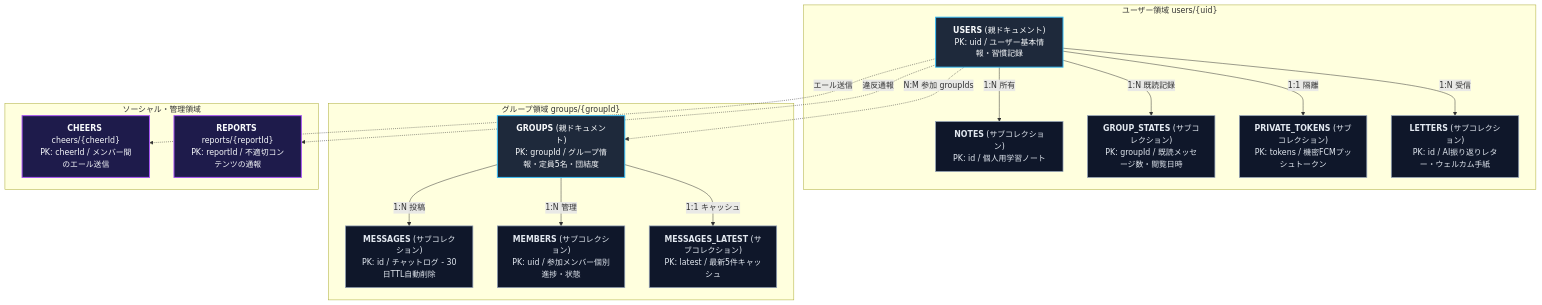
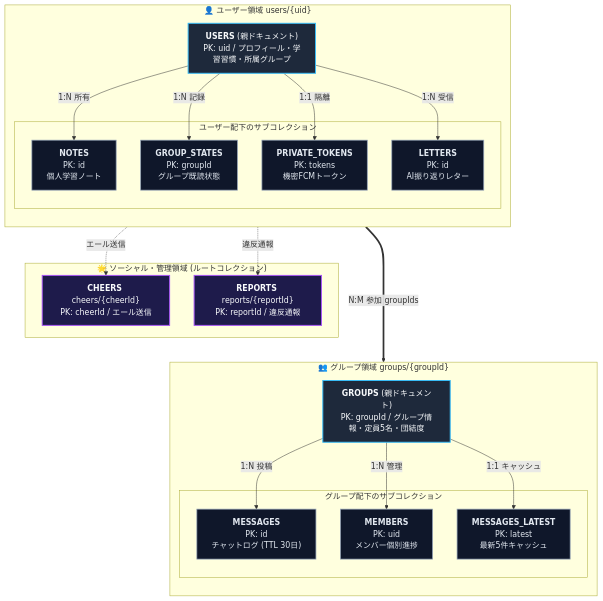
The first of 2 diagrams in docs/ja/database-security.md (ScriptureHabit/scripture-habit), drawn with Mermaid before and after one commit. The commit also changed 1 other file, not shown here.

Commit message:
docs: restructure ER diagram into vertical stacked layout for high readability

````diff
--- a/docs/ja/database-security.md
+++ b/docs/ja/database-security.md
@@ -11,39 +11,47 @@
 ```mermaid
 flowchart TD
     classDef main fill:#1e293b,stroke:#38bdf8,stroke-width:2px,color:#f8fafc;
     classDef sub fill:#0f172a,stroke:#94a3b8,stroke-width:1.5px,color:#e2e8f0;
     classDef social fill:#1e1b4b,stroke:#a855f7,stroke-width:2px,color:#f8fafc;
 
-    subgraph UserGroup["ユーザー領域 users/{uid}"]
-        USERS["<b>USERS</b> (親ドキュメント)<br/>PK: uid / ユーザー基本情報・習慣記録"]:::main
-        NOTES["<b>NOTES</b> (サブコレクション)<br/>PK: id / 個人用学習ノート"]:::sub
-        GROUP_STATES["<b>GROUP_STATES</b> (サブコレクション)<br/>PK: groupId / 既読メッセージ数・閲覧日時"]:::sub
-        PRIVATE_TOKENS["<b>PRIVATE_TOKENS</b> (サブコレクション)<br/>PK: tokens / 機密FCMプッシュトークン"]:::sub
-        LETTERS["<b>LETTERS</b> (サブコレクション)<br/>PK: id / AI振り返りレター・ウェルカム手紙"]:::sub
+    subgraph UserDomain["👤 ユーザー領域 users/{uid}"]
+        direction TB
+        USERS["<b>USERS</b> (親ドキュメント)<br/>PK: uid / プロフィール・学習習慣・所属グループ"]:::main
+
+        subgraph UserSubs["ユーザー配下のサブコレクション"]
+            NOTES["<b>NOTES</b><br/>PK: id<br/>個人学習ノート"]:::sub
+            GROUP_STATES["<b>GROUP_STATES</b><br/>PK: groupId<br/>グループ既読状態"]:::sub
+            PRIVATE_TOKENS["<b>PRIVATE_TOKENS</b><br/>PK: tokens<br/>機密FCMトークン"]:::sub
+            LETTERS["<b>LETTERS</b><br/>PK: id<br/>AI振り返りレター"]:::sub
+        end
+
+        USERS -->|1:N 所有| NOTES
+        USERS -->|1:N 記録| GROUP_STATES
+        USERS -->|1:1 隔離| PRIVATE_TOKENS
+        USERS -->|1:N 受信| LETTERS
     end
 
-    subgraph GroupDomain["グループ領域 groups/{groupId}"]
+    subgraph GroupDomain["👥 グループ領域 groups/{groupId}"]
+        direction TB
         GROUPS["<b>GROUPS</b> (親ドキュメント)<br/>PK: groupId / グループ情報・定員5名・団結度"]:::main
-        MESSAGES["<b>MESSAGES</b> (サブコレクション)<br/>PK: id / チャットログ - 30日TTL自動削除"]:::sub
-        MEMBERS["<b>MEMBERS</b> (サブコレクション)<br/>PK: uid / 参加メンバー個別進捗・状態"]:::sub
-        MESSAGES_LATEST["<b>MESSAGES_LATEST</b> (サブコレクション)<br/>PK: latest / 最新5件キャッシュ"]:::sub
+
+        subgraph GroupSubs["グループ配下のサブコレクション"]
+            MESSAGES["<b>MESSAGES</b><br/>PK: id<br/>チャットログ (TTL 30日)"]:::sub
+            MEMBERS["<b>MEMBERS</b><br/>PK: uid<br/>メンバー個別進捗"]:::sub
+            MESSAGES_LATEST["<b>MESSAGES_LATEST</b><br/>PK: latest<br/>最新5件キャッシュ"]:::sub
+        end
+
+        GROUPS -->|1:N 投稿| MESSAGES
+        GROUPS -->|1:N 管理| MEMBERS
+        GROUPS -->|1:1 キャッシュ| MESSAGES_LATEST
     end
 
-    subgraph SocialDomain["ソーシャル・管理領域"]
-        CHEERS["<b>CHEERS</b> cheers/{cheerId}<br/>PK: cheerId / メンバー間のエール送信"]:::social
-        REPORTS["<b>REPORTS</b> reports/{reportId}<br/>PK: reportId / 不適切コンテンツの通報"]:::social
+    subgraph SocialDomain["🌟 ソーシャル・管理領域 (ルートコレクション)"]
+        CHEERS["<b>CHEERS</b> cheers/{cheerId}<br/>PK: cheerId / エール送信"]:::social
+        REPORTS["<b>REPORTS</b> reports/{reportId}<br/>PK: reportId / 違反通報"]:::social
     end
 
-    USERS -->|1:N 所有| NOTES
-    USERS -->|1:N 既読記録| GROUP_STATES
-    USERS -->|1:1 隔離| PRIVATE_TOKENS
-    USERS -->|1:N 受信| LETTERS
-    USERS -.->|N:M 参加 groupIds| GROUPS
-
-    GROUPS -->|1:N 投稿| MESSAGES
-    GROUPS -->|1:N 管理| MEMBERS
-    GROUPS -->|1:1 キャッシュ| MESSAGES_LATEST
-
+    USERS ===>|N:M 参加 groupIds| GROUPS
     USERS -.->|エール送信| CHEERS
     USERS -.->|違反通報| REPORTS
 ```
````
